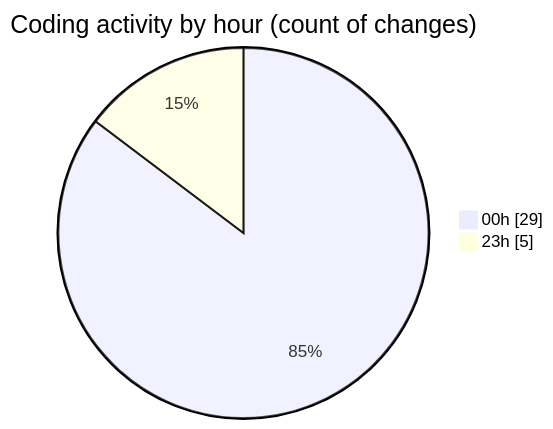
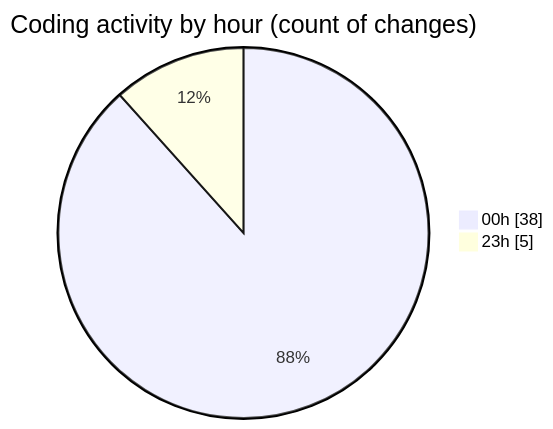
Before and after one commit to julien-gomy/code-tracking: the second of 2 diagrams in 2025-11-27/eventscop-frontend-guide__workspace_/README.md, drawn with Mermaid. The commit also changed other lines of this file and 1 other file, not shown here.

````diff
--- a/2025-11-27/eventscop-frontend-guide__workspace_/README.md
+++ b/2025-11-27/eventscop-frontend-guide__workspace_/README.md
@@ -41,6 +43,6 @@
 ```mermaid
 pie showData
 title Coding activity by hour (count of changes)
-"00h" : 29
+"00h" : 38
 "23h" : 5
 ```
````
